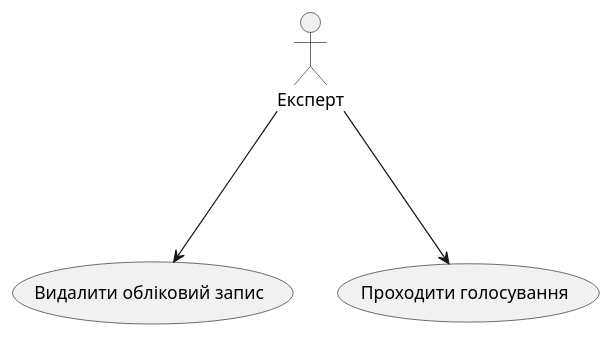
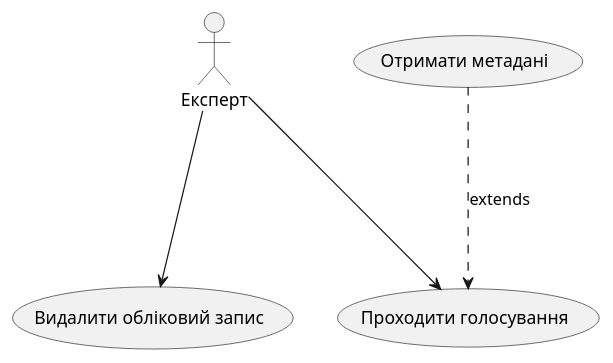
Before and after one commit to YehorSeniuk/IOO: the sixth of 16 diagrams in docs/use cases/README.md, drawn with PlantUML. The commit also changed other lines of this file, not shown here.

```diff
--- a/docs/use cases/README.md
+++ b/docs/use cases/README.md
@@ -61,6 +94,9 @@
 @startuml
 usecase "Видалити обліковий запис" as CLIENT_DISTRACTION
 usecase "Проходити голосування" as VOTE
+usecase "Отримати метадані" as mt
 Експерт ---> CLIENT_DISTRACTION
 Експерт ---> VOTE
+
+mt ...> VOTE: extends
 @enduml
```
